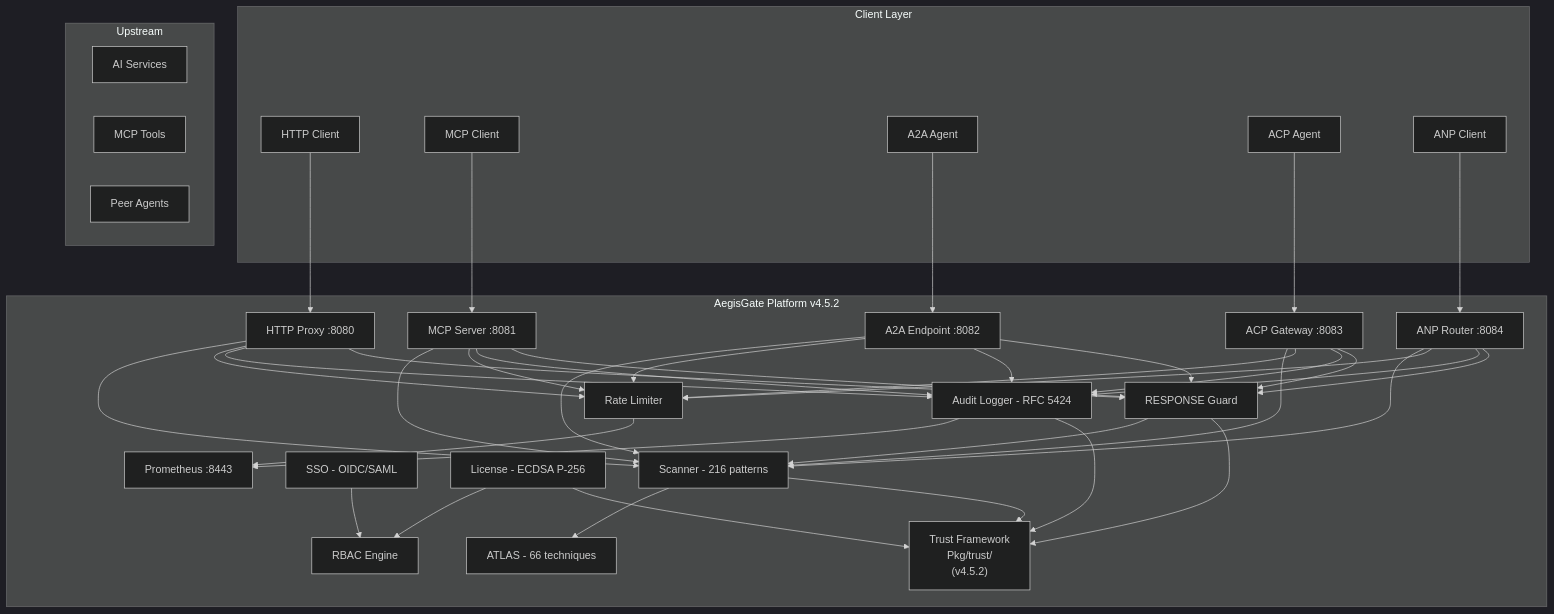
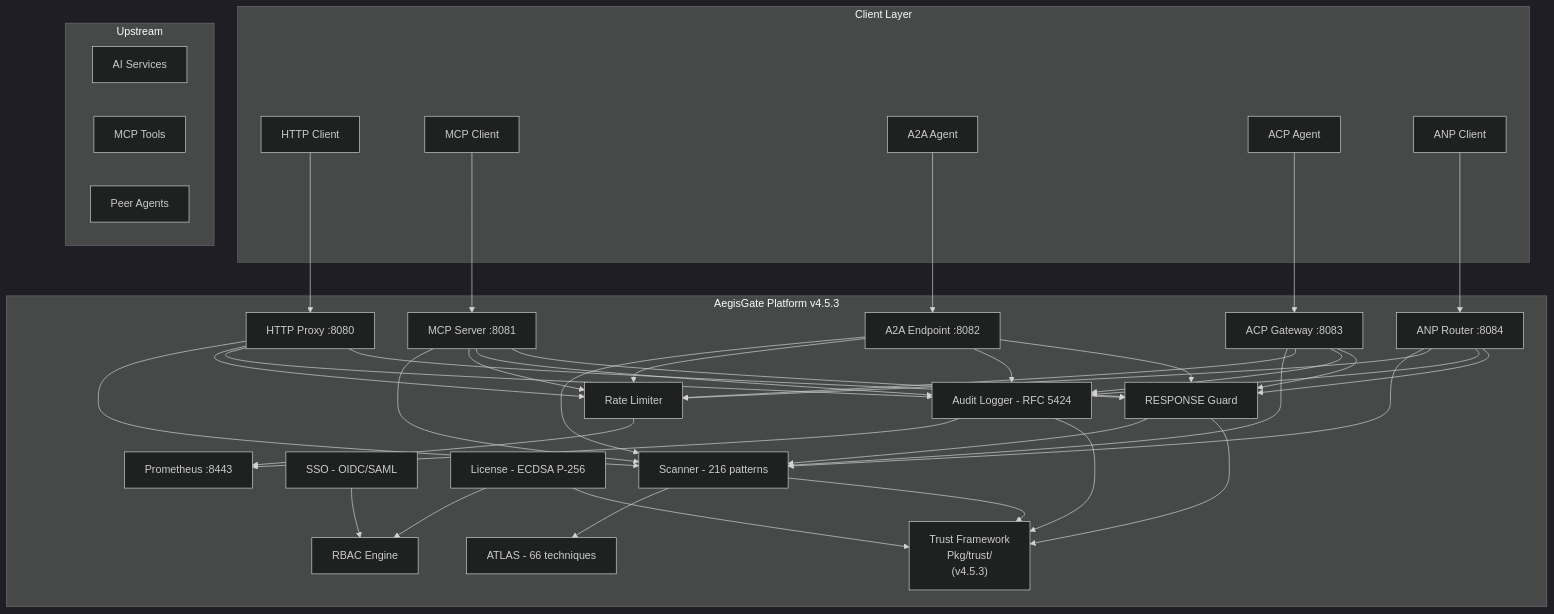
The diagram in content/tech.md (aegisgatesecurity/aegisgate-site), drawn with Mermaid (dark theme) before and after one commit. The commit also changed other lines of this file and 25 other files, not shown here.

```diff
--- a/content/tech.md
+++ b/content/tech.md
@@ -12,61 +12,61 @@
 {{< mermaid >}}
 flowchart TB
     subgraph Client["Client Layer"]
         A["HTTP Client"]
         B["MCP Client"]
         C["A2A Agent"]
         D["ACP Agent"]
         E["ANP Client"]
     end
 
-    subgraph AegisGate["AegisGate Platform v4.5.2"]
+    subgraph AegisGate["AegisGate Platform v4.5.3"]
         G["HTTP Proxy :8080"]
         H["MCP Server :8081"]
         I["A2A Endpoint :8082"]
         J["ACP Gateway :8083"]
         K["ANP Router :8084"]
         L["RESPONSE Guard"]
-        TR["Trust Framework\nPkg/trust/\n(v4.5.2)"]
+        TR["Trust Framework\nPkg/trust/\n(v4.5.3)"]
 
         M["Scanner - 216 patterns"]
         N["ATLAS - 66 techniques"]
         O["Rate Limiter"]
         P["Audit Logger - RFC 5424"]
 
         Q["SSO - OIDC/SAML"]
         R["RBAC Engine"]
         S["License - ECDSA P-256"]
 
         T["Prometheus :8443"]
     end
 
     subgraph Upstream["Upstream"]
         U["AI Services"]
         V["MCP Tools"]
         W["Peer Agents"]
     end
 
     A --> G
     B --> H
     C --> I
     D --> J
     E --> K
 
     G --> M & O & P & L
     H --> M & O & P & L
     I --> M & O & P & L
     J --> M & O & P & L
     K --> M & O & P & L
 
     M --> N
     L --> M
     O --> T
     P --> T
     Q --> R
     S --> R
 
     M --> TR
     L --> TR
     P --> TR
     S --> TR
 {{< /mermaid >}}
```
